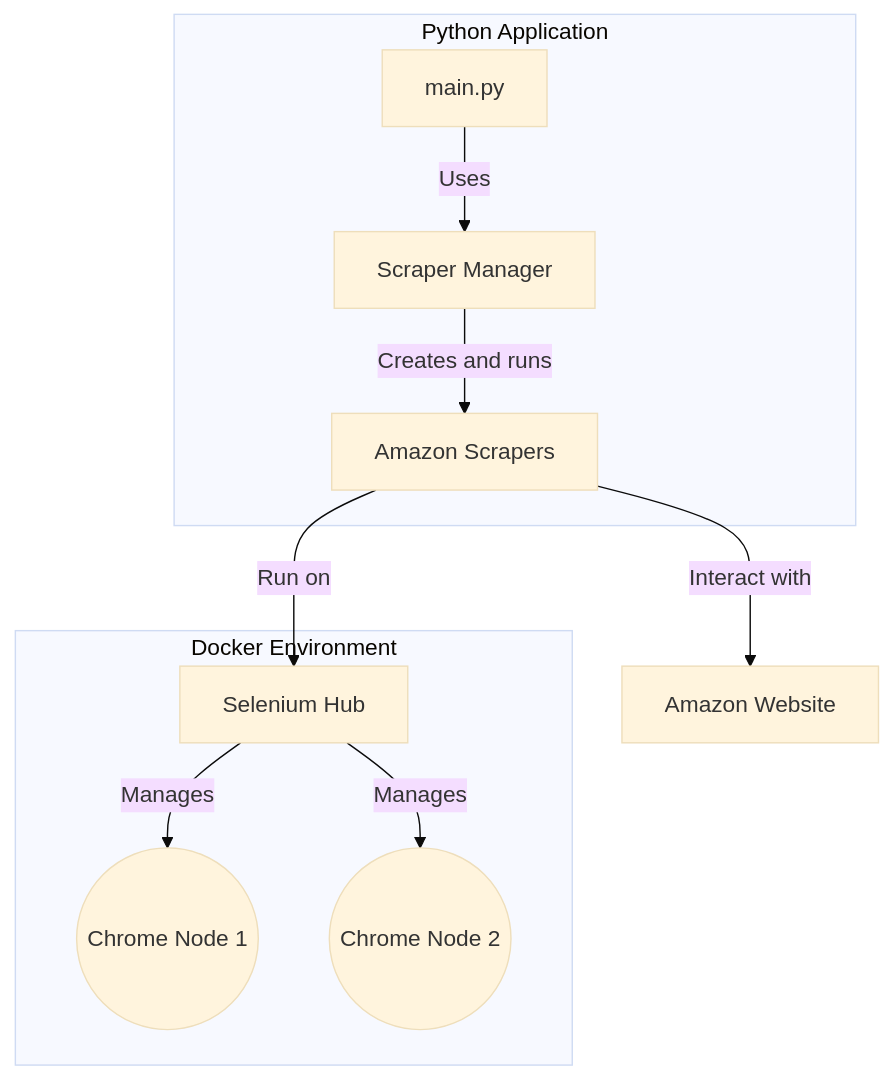
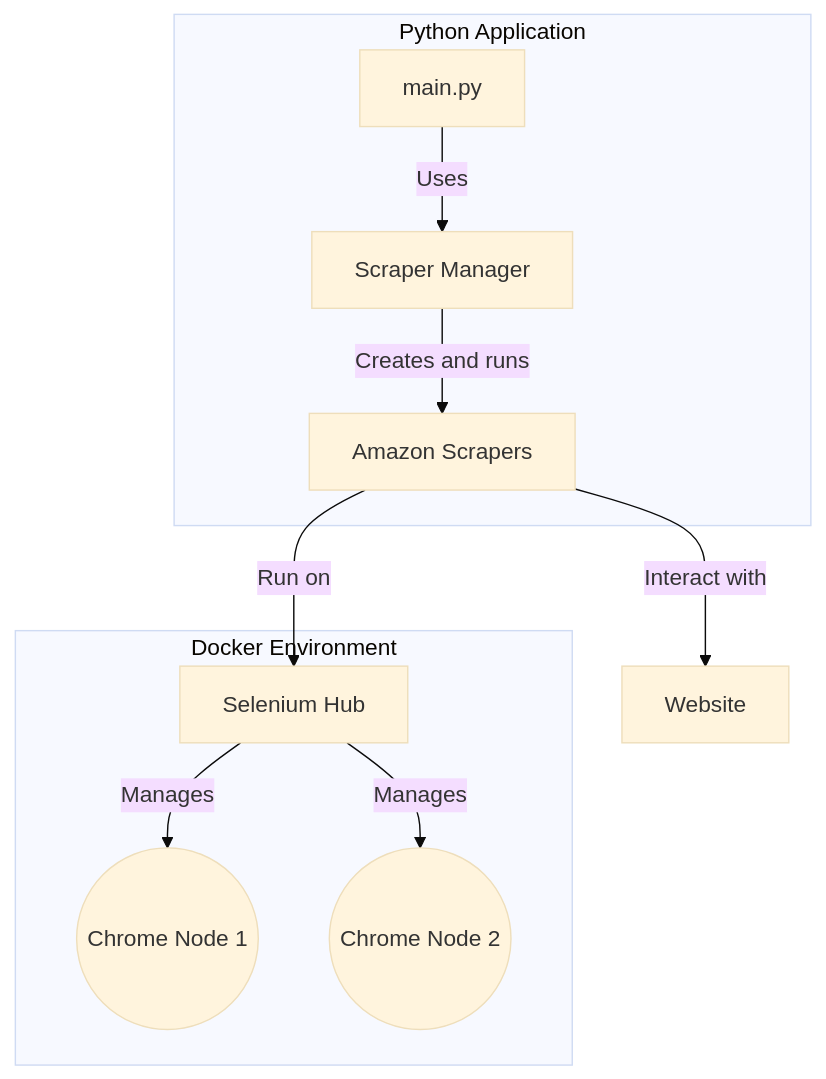
One commit to Shadowmataj/scraping changed the diagram in README.md. Above: the diagram before and after it, drawn with Mermaid (base theme). The commit also changed other lines of this file, not shown here.

````diff
--- a/README.md
+++ b/README.md
@@ -66,15 +66,15 @@
 ```mermaid
 graph TD
     subgraph Docker Environment
         A[Selenium Hub] -- Manages --> B((Chrome Node 1));
         A -- Manages --> C((Chrome Node 2));
     end
 
     subgraph Python Application
         D[main.py] -- Uses --> E[Scraper Manager];
         E -- Creates and runs --> F[Amazon Scrapers];
     end
 
-    F -- Interact with --> G[Amazon Website];
+    F -- Interact with --> G[Website];
     F -- Run on --> A;
 ```
````
